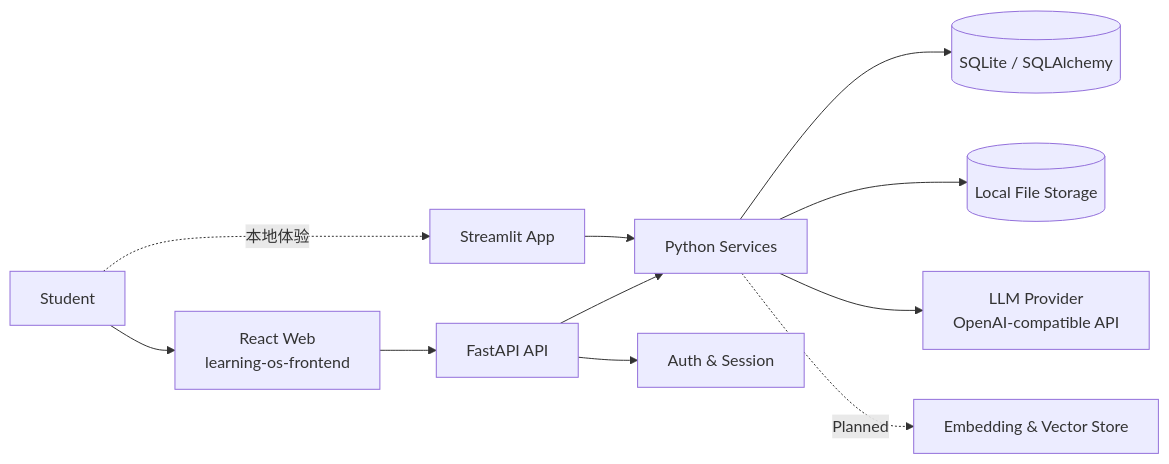
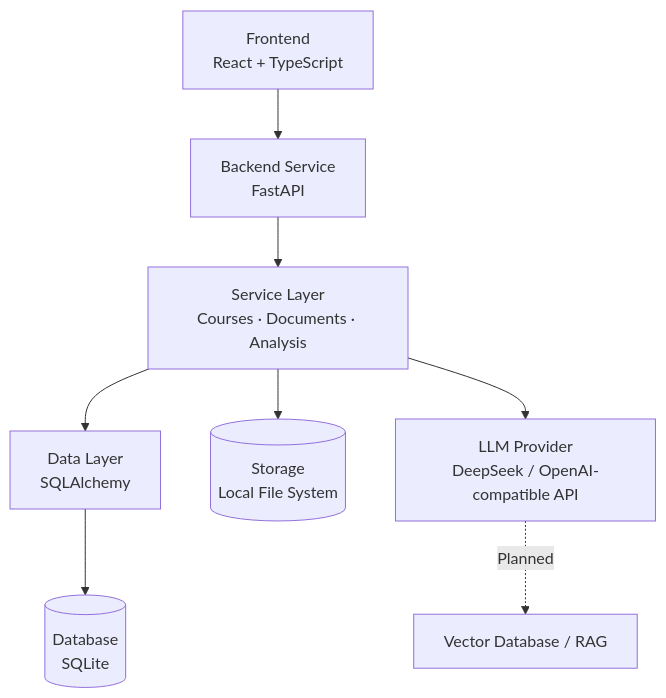
The second of 3 diagrams in README.md (kongqiuran/learning-os), drawn with Mermaid before and after one commit. The commit also changed other lines of this file, not shown here.

Commit message:
docs: refine Learning OS product README

````diff
--- a/README.md
+++ b/README.md
@@ -81,13 +77,10 @@
 ```mermaid
-flowchart LR
-    U["Student"] --> W["React Web<br/>learning-os-frontend"]
-    U -. "本地体验" .-> S["Streamlit App"]
-    W --> API["FastAPI API"]
-    S --> SV["Python Services"]
-    API --> AUTH["Auth & Session"]
-    API --> SV
-    SV --> DB[("SQLite / SQLAlchemy")]
-    SV --> FS[("Local File Storage")]
-    SV --> LLM["LLM Provider<br/>OpenAI-compatible API"]
-    SV -. "Planned" .-> RAG["Embedding & Vector Store"]
+flowchart TB
+    FE["Frontend<br/>React + TypeScript"] --> API["Backend Service<br/>FastAPI"]
+    API --> SL["Service Layer<br/>Courses · Documents · Analysis"]
+    SL --> DAL["Data Layer<br/>SQLAlchemy"]
+    DAL --> DB[("Database<br/>SQLite")]
+    SL --> FS[("Storage<br/>Local File System")]
+    SL --> LLM["LLM Provider<br/>DeepSeek / OpenAI-compatible API"]
+    LLM -. "Planned" .-> VS["Vector Database / RAG"]
 ```
````
